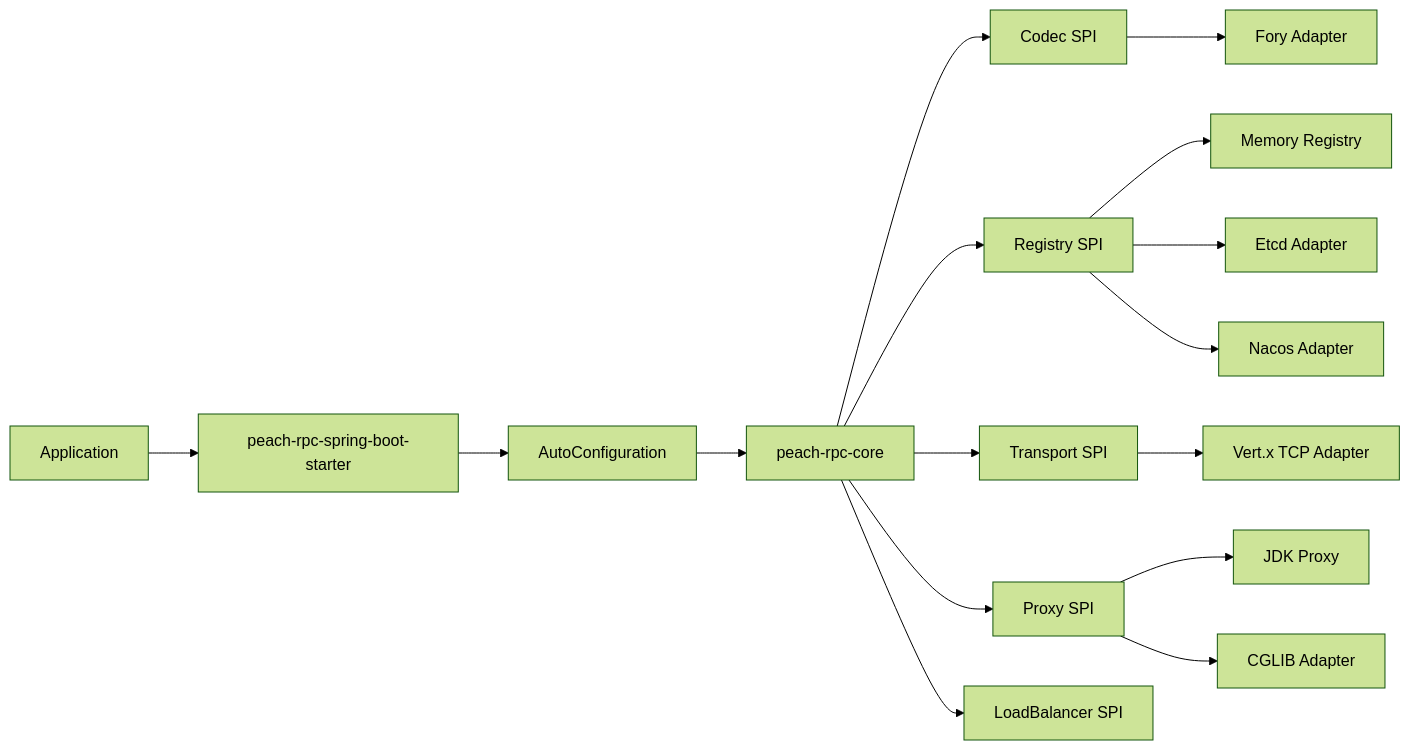
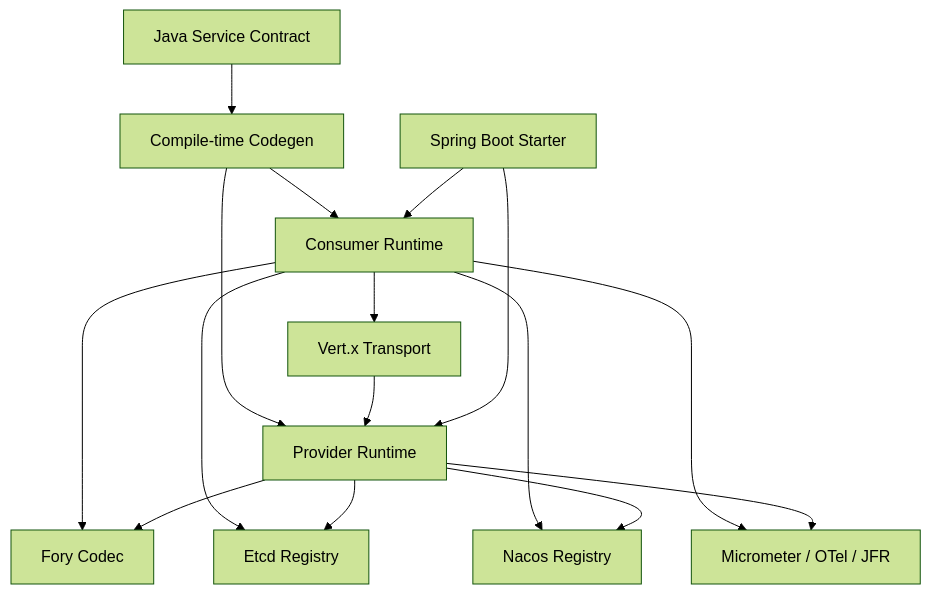
Before and after one commit to Ryan-Guizhou/peach-rpc: the diagram in README.en-US.md, drawn with Mermaid (forest theme). The commit also changed other lines of this file, not shown here.

````diff
--- a/README.en-US.md
+++ b/README.en-US.md
@@ -28,18 +42,28 @@
 ```mermaid
-flowchart LR
-    App[Application] --> Starter[peach-rpc-spring-boot-starter]
-    Starter --> Auto[AutoConfiguration]
-    Auto --> Core[peach-rpc-core]
-    Core --> Codec[Codec SPI]
-    Core --> Registry[Registry SPI]
-    Core --> Transport[Transport SPI]
-    Core --> Proxy[Proxy SPI]
-    Core --> LB[LoadBalancer SPI]
-    Codec --> Fory[Fory Adapter]
-    Registry --> Memory[Memory Registry]
-    Registry --> Etcd[Etcd Adapter]
-    Registry --> Nacos[Nacos Adapter]
-    Transport --> Vertx[Vert.x TCP Adapter]
-    Proxy --> Jdk[JDK Proxy]
-    Proxy --> Cglib[CGLIB Adapter]
+flowchart TB
+    Contract[Java Service Contract]
+    Codegen[Compile-time Codegen]
+    Client[Consumer Runtime]
+    Server[Provider Runtime]
+    Fory[Fory Codec]
+    Vertx[Vert.x Transport]
+    Etcd[Etcd Registry]
+    Nacos[Nacos Registry]
+    Obs[Micrometer / OTel / JFR]
+    Starter[Spring Boot Starter]
+
+    Contract --> Codegen
+    Codegen --> Client
+    Codegen --> Server
+    Client --> Vertx --> Server
+    Client --> Fory
+    Server --> Fory
+    Client --> Etcd
+    Client --> Nacos
+    Server --> Etcd
+    Server --> Nacos
+    Client --> Obs
+    Server --> Obs
+    Starter --> Client
+    Starter --> Server
 ```
````
